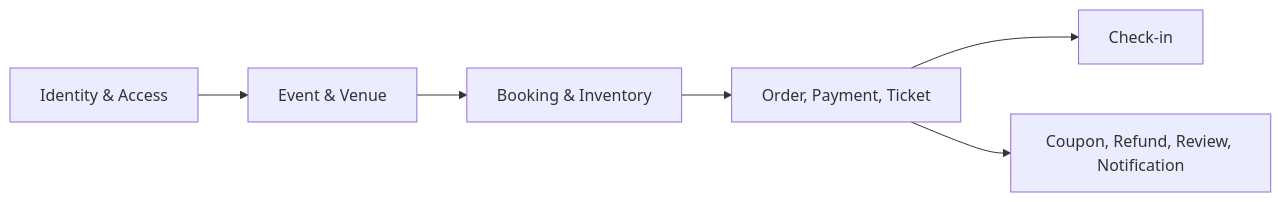
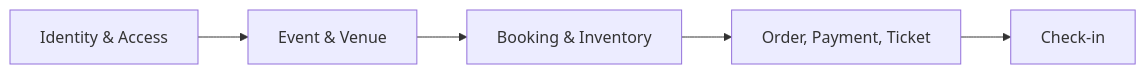
The first of 2 diagrams in BACKEND/Eventix/docs/02-phan-tich-database.md (payyyyy326/eventix), drawn with Mermaid before and after one commit. The commit also changed other lines of this file and 25 other files, not shown here.

````diff
--- a/BACKEND/Eventix/docs/02-phan-tich-database.md
+++ b/BACKEND/Eventix/docs/02-phan-tich-database.md
@@ -9,8 +9,7 @@
 ```mermaid
 flowchart LR
     Identity[Identity & Access] --> EventDomain[Event & Venue]
     EventDomain --> Booking[Booking & Inventory]
     Booking --> Commerce[Order, Payment, Ticket]
     Commerce --> CheckIn[Check-in]
-    Commerce --> Support[Coupon, Refund, Review, Notification]
 ```
````
